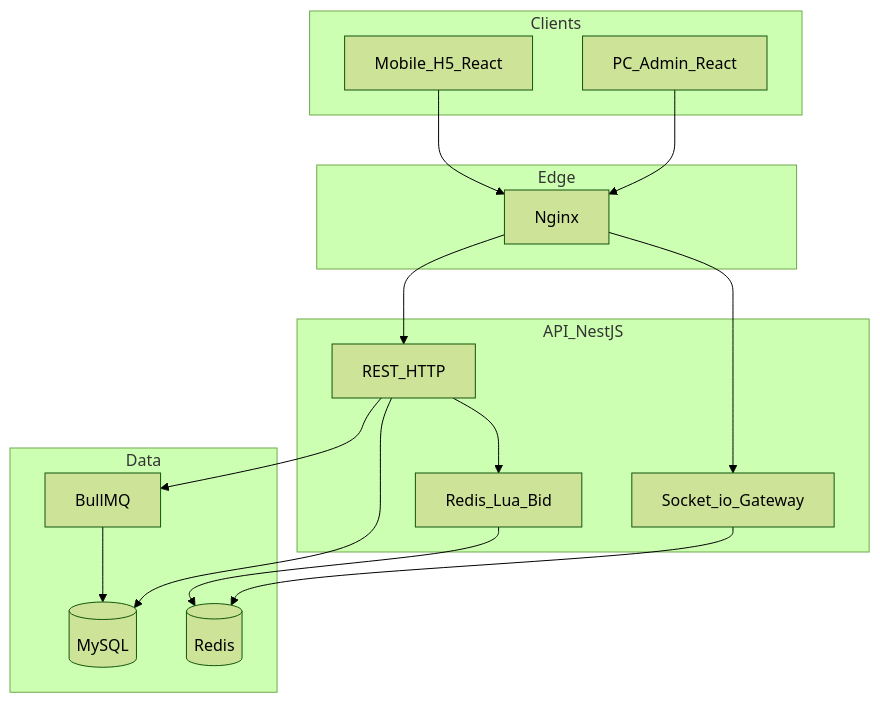
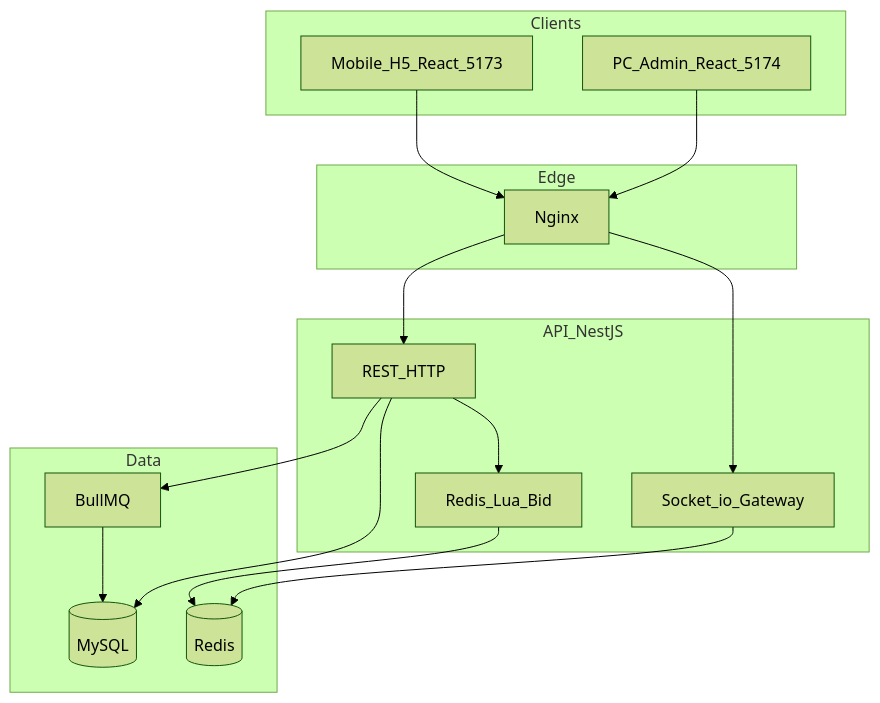
Before and after one commit to lkhyy/live_auction: the first of 2 diagrams in docs/项目开发.md, drawn with Mermaid (forest theme). The commit also changed other lines of this file and 111 other files, not shown here.

````diff
--- a/docs/项目开发.md
+++ b/docs/项目开发.md
@@ -30,34 +30,34 @@
 ```mermaid
 flowchart TB
   subgraph clients [Clients]
-    Admin[PC_Admin_React]
-    H5[Mobile_H5_React]
+    Admin[PC_Admin_React_5174]
+    H5[Mobile_H5_React_5173]
   end
 
   subgraph edge [Edge]
     Nginx[Nginx]
   end
 
   subgraph api [API_NestJS]
     REST[REST_HTTP]
     WS[Socket_io_Gateway]
     Lua[Redis_Lua_Bid]
   end
 
   subgraph data [Data]
     MySQL[(MySQL)]
     Redis[(Redis)]
     Bull[BullMQ]
   end
 
   Admin --> Nginx
   H5 --> Nginx
   Nginx --> REST
   Nginx --> WS
   REST --> Lua
   REST --> MySQL
   WS --> Redis
   Lua --> Redis
   REST --> Bull
   Bull --> MySQL
 ```
````
